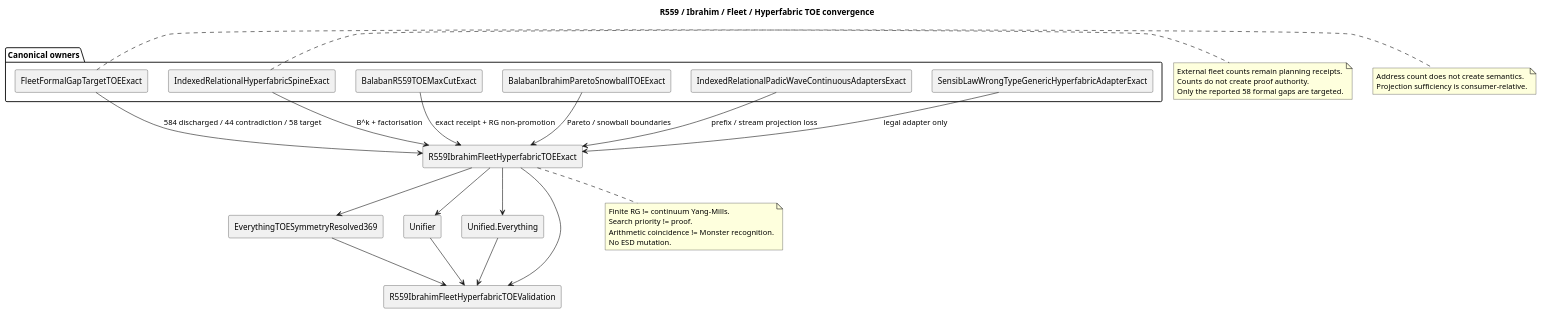
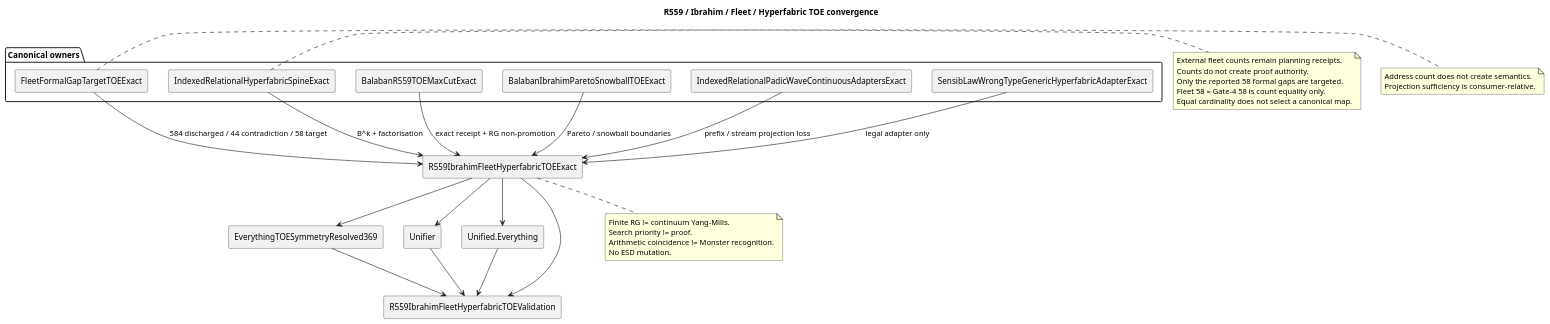
One commit to chboishabba/dashi_agda changed the diagram in Docs/architecture/R559IbrahimFleetHyperfabricTOE.puml. Above: the diagram before and after it, drawn with PlantUML.

Commit message:
docs: mark fleet Gate4 equal count as nonidentity

```diff
--- a/Docs/architecture/R559IbrahimFleetHyperfabricTOE.puml
+++ b/Docs/architecture/R559IbrahimFleetHyperfabricTOE.puml
@@ -1,55 +1,57 @@
 @startuml
 title R559 / Ibrahim / Fleet / Hyperfabric TOE convergence
 
 skinparam componentStyle rectangle
 
 package "Canonical owners" {
   component "BalabanR559TOEMaxCutExact" as YM
   component "BalabanIbrahimParetoSnowballTOEExact" as Ibrahim
   component "FleetFormalGapTargetTOEExact" as Fleet
   component "IndexedRelationalHyperfabricSpineExact" as Fabric
   component "IndexedRelationalPadicWaveContinuousAdaptersExact" as PadicWave
   component "SensibLawWrongTypeGenericHyperfabricAdapterExact" as WrongType
 }
 
 component "R559IbrahimFleetHyperfabricTOEExact" as Joint
 component "EverythingTOESymmetryResolved369" as TOE
 component "Unifier" as Unifier
 component "Unified.Everything" as Unified
 component "R559IbrahimFleetHyperfabricTOEValidation" as Validation
 
 YM --> Joint : exact receipt + RG non-promotion
 Ibrahim --> Joint : Pareto / snowball boundaries
 Fleet --> Joint : 584 discharged / 44 contradiction / 58 target
 Fabric --> Joint : B^k + factorisation
 PadicWave --> Joint : prefix / stream projection loss
 WrongType --> Joint : legal adapter only
 
 Joint --> TOE
 Joint --> Unifier
 Joint --> Unified
 
 TOE --> Validation
 Unifier --> Validation
 Unified --> Validation
 Joint --> Validation
 
 note right of Fleet
 External fleet counts remain planning receipts.
 Counts do not create proof authority.
 Only the reported 58 formal gaps are targeted.
+Fleet 58 = Gate-4 58 is count equality only.
+Equal cardinality does not select a canonical map.
 end note
 
 note right of Fabric
 Address count does not create semantics.
 Projection sufficiency is consumer-relative.
 end note
 
 note bottom of Joint
 Finite RG != continuum Yang-Mills.
 Search priority != proof.
 Arithmetic coincidence != Monster recognition.
 No ESD mutation.
 end note
 
 @enduml
```
